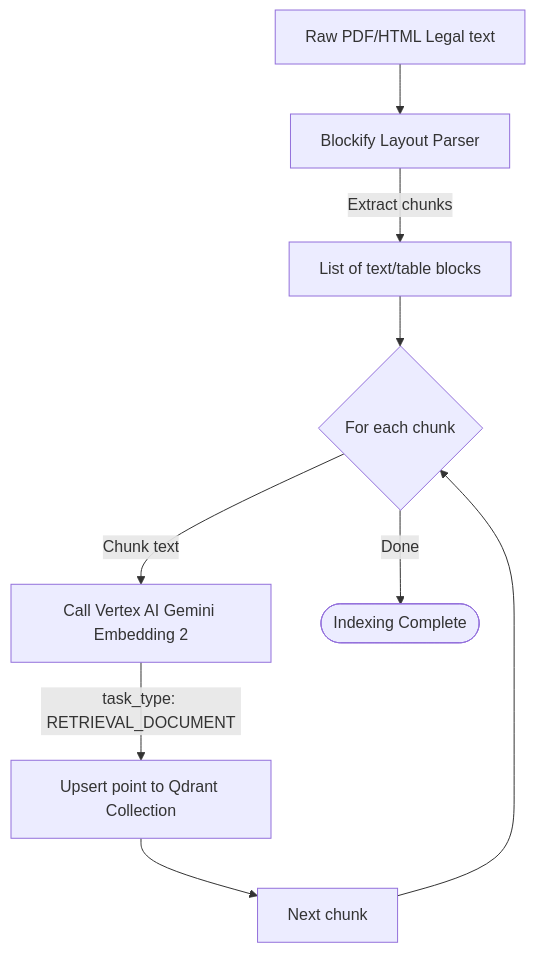
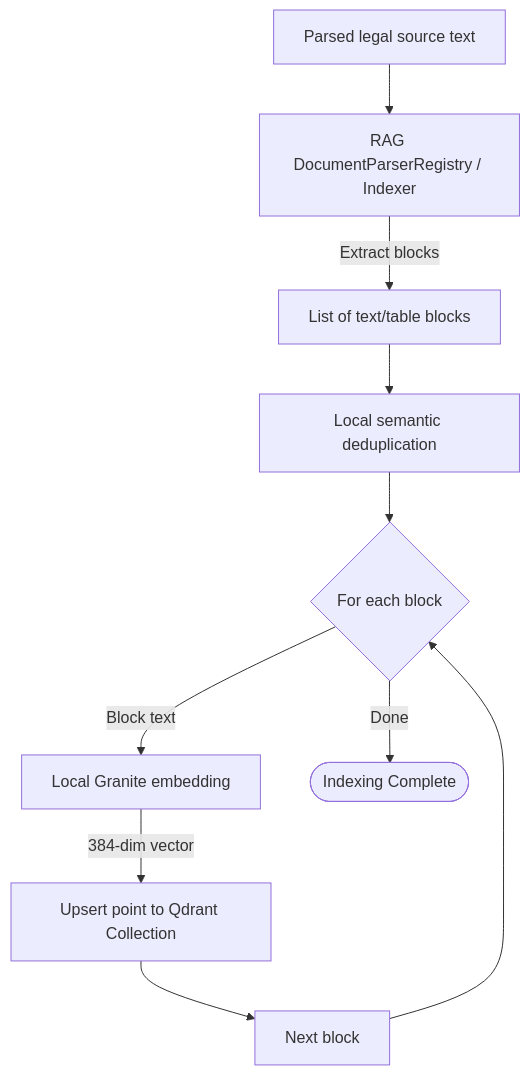
Before and after one commit to Laurentzius/smartkeden: the first of 3 diagrams in flows/features/semantic_embedding_flow.md, drawn with Mermaid. The commit also changed other lines of this file and 32 other files, not shown here.

````diff
--- a/flows/features/semantic_embedding_flow.md
+++ b/flows/features/semantic_embedding_flow.md
@@ -38,12 +41,12 @@
 ```mermaid
 flowchart TD
-  Doc[Raw PDF/HTML Legal text] --> Parser[Blockify Layout Parser]
-  Parser -->|Extract chunks| Chunks[List of text/table blocks]
-  
-  Chunks --> Loop{For each chunk}
-  Loop -->|Chunk text| GenVec[Call Vertex AI Gemini Embedding 2]
-  GenVec -->|task_type: RETRIEVAL_DOCUMENT| SaveQdrant[Upsert point to Qdrant Collection]
-  SaveQdrant --> Next[Next chunk]
+  Doc[Parsed legal source text] --> Parser[RAG DocumentParserRegistry / Indexer]
+  Parser -->|Extract blocks| Chunks[List of text/table blocks]
+  Chunks --> Dedup[Local semantic deduplication]
+  Dedup --> Loop{For each block}
+  Loop -->|Block text| GenVec[Local Granite embedding]
+  GenVec -->|384-dim vector| SaveQdrant[Upsert point to Qdrant Collection]
+  SaveQdrant --> Next[Next block]
   Next --> Loop
   Loop -->|Done| End([Indexing Complete])
 ```
````
